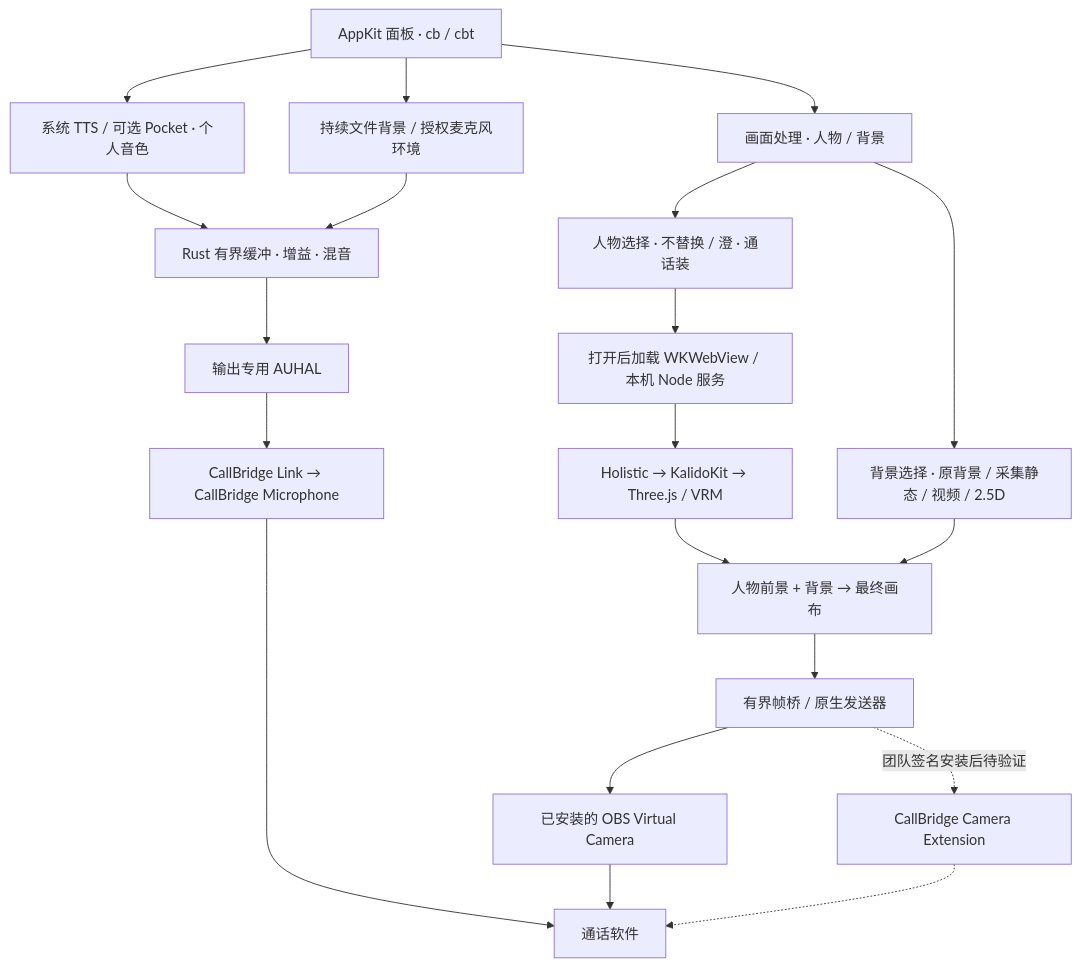
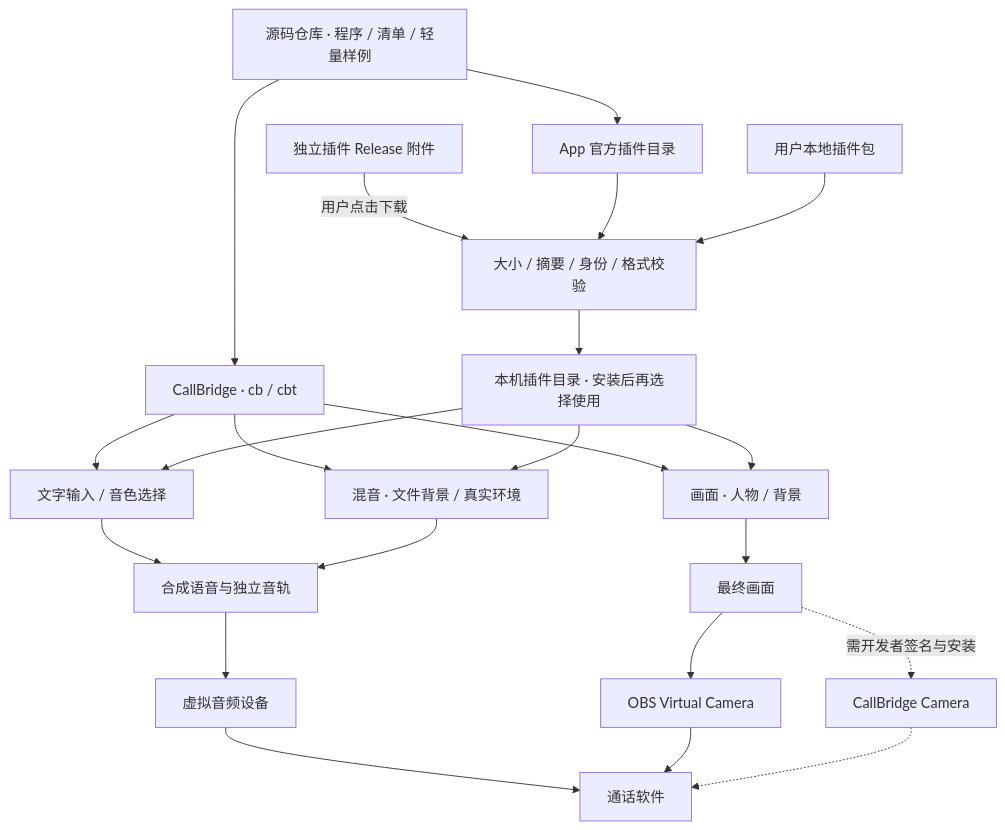
The diagram in graph.md (storyon403-afk/CallBridge), drawn with Mermaid before and after one commit. The commit also changed other lines of this file and 109 other files, not shown here.

````diff
--- a/graph.md
+++ b/graph.md
@@ -5,24 +5,25 @@
 ```mermaid
 flowchart TB
-    UI[AppKit 面板 · cb / cbt]
-    UI --> T[系统 TTS / 可选 Pocket · 个人音色]
-    UI --> B[持续文件背景 / 授权麦克风环境]
-    T --> M[Rust 有界缓冲 · 增益 · 混音]
-    B --> M
-    M --> A[输出专用 AUHAL]
-    A --> L[CallBridge Link → CallBridge Microphone]
-    L --> C[通话软件]
+    UI[CallBridge · cb / cbt] --> T[文字输入 / 音色选择]
+    UI --> M[混音 · 文件背景 / 真实环境]
+    UI --> V[画面 · 人物 / 背景]
+    T --> A[合成语音与独立音轨]
+    M --> A
+    A --> D[虚拟音频设备]
+    D --> CALL[通话软件]
+    V --> FRAME[最终画面]
+    FRAME --> OBS[OBS Virtual Camera]
+    OBS --> CALL
+    FRAME -. 需开发者签名与安装 .-> CAM[CallBridge Camera]
+    CAM -.-> CALL
 
-    UI --> C0[画面处理 · 人物 / 背景]
-    C0 --> P[人物选择 · 不替换 / 澄 · 通话装]
-    C0 --> BG[背景选择 · 原背景 / 采集静态 / 视频 / 2.5D]
-    P --> W[打开后加载 WKWebView / 本机 Node 服务]
-    W --> H[Holistic → KalidoKit → Three.js / VRM]
-    H --> F[人物前景 + 背景 → 最终画布]
-    BG --> F
-    F --> S[有界帧桥 / 原生发送器]
-    S --> O[已安装的 OBS Virtual Camera]
-    O --> C
-    S -. 团队签名安装后待验证 .-> X[CallBridge Camera Extension]
-    X -.-> C
+    SRC[源码仓库 · 程序 / 清单 / 轻量样例] --> UI
+    SRC --> INDEX[App 官方插件目录]
+    REL[独立插件 Release 附件] -->|用户点击下载| CHECK[大小 / 摘要 / 身份 / 格式校验]
+    INDEX --> CHECK
+    LOCAL[用户本地插件包] --> CHECK
+    CHECK --> INSTALL[本机插件目录 · 安装后再选择使用]
+    INSTALL --> T
+    INSTALL --> M
+    INSTALL --> V
 ```
````
